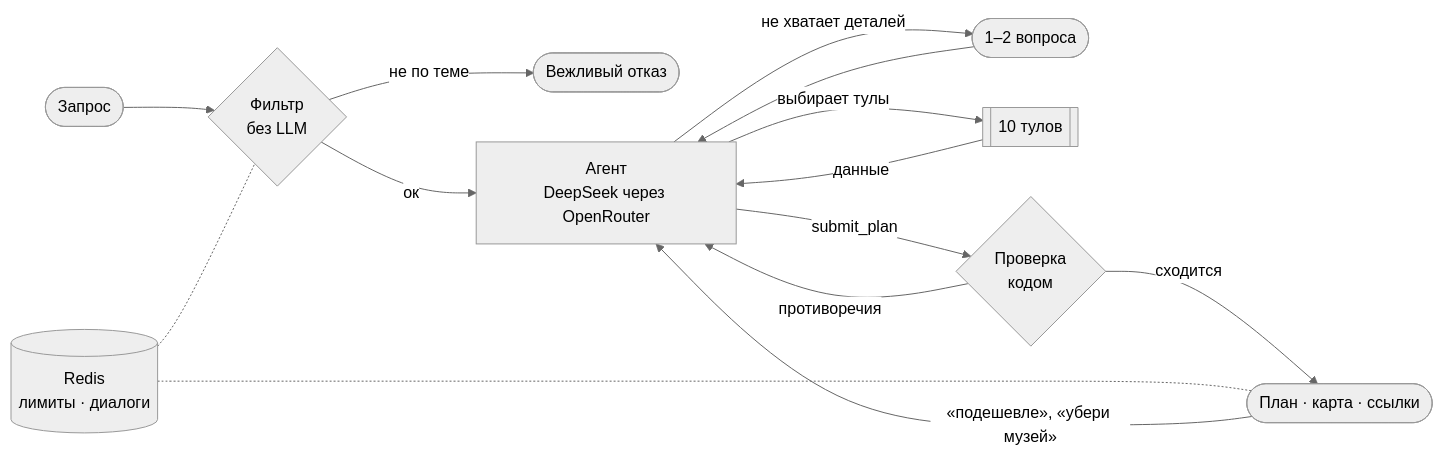
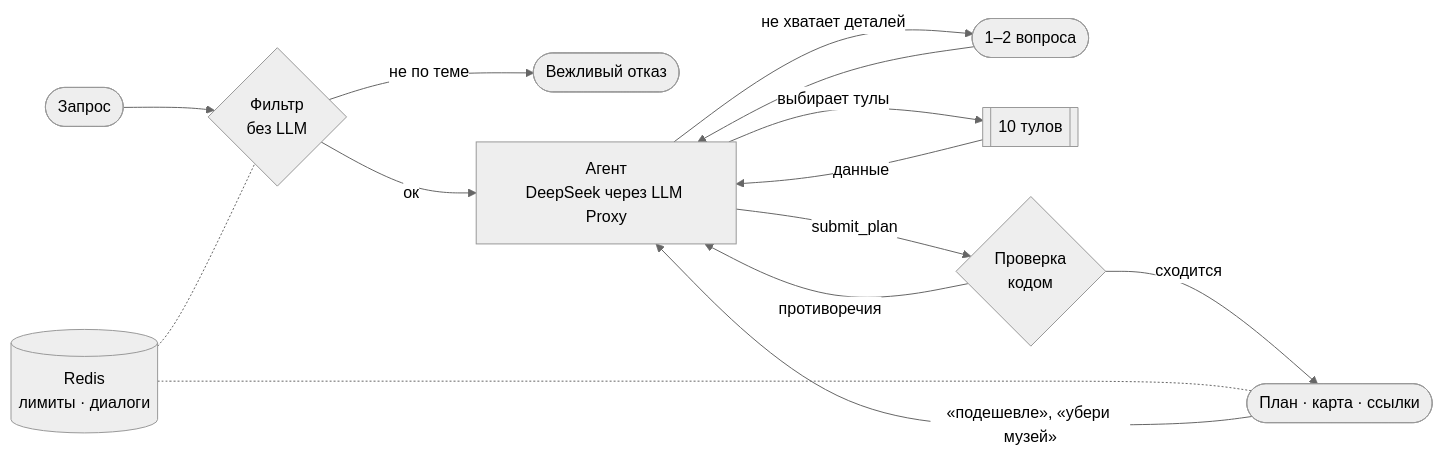
One commit to BessolitsinGleb/AI-ta changed the first of 2 diagrams in README.md. Above: the diagram before and after it, drawn with Mermaid (neutral theme). The commit also changed other lines of this file and 4 other files, not shown here.

````diff
--- a/README.md
+++ b/README.md
@@ -73,15 +74,15 @@
 ```mermaid
 flowchart LR
     U([Запрос]) --> G{Фильтр<br>без LLM}
     G -- не по теме --> R([Вежливый отказ])
-    G -- ок --> A[Агент<br>DeepSeek через OpenRouter]
+    G -- ок --> A[Агент<br>DeepSeek через LLM Proxy]
     A -- не хватает деталей --> Q([1–2 вопроса]) --> A
     A -- выбирает тулы --> T[[10 тулов]]
     T -- данные --> A
     A -- submit_plan --> V{Проверка<br>кодом}
     V -- противоречия --> A
     V -- сходится --> P([План · карта · ссылки])
     P -- «подешевле», «убери музей» --> A
     R2[(Redis<br>лимиты · диалоги)] -.- G
     R2 -.- P
 ```
````
